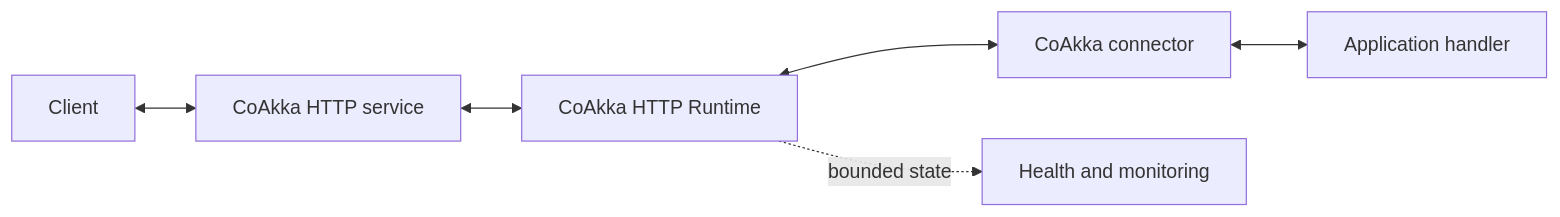
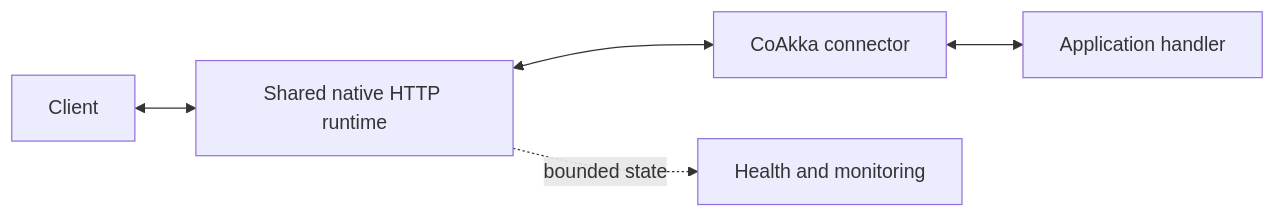
One commit to phuong-tran/coakka-publish changed the first of 2 diagrams in coakka-http-runtime/docs/app-host-and-connectors.md. Above: the diagram before and after it, drawn with Mermaid. The commit also changed other lines of this file and 35 other files, not shown here.

Commit message:
Clarify Runtime-first navigation and shared HTTP runtime benefits

````diff
--- a/coakka-http-runtime/docs/app-host-and-connectors.md
+++ b/coakka-http-runtime/docs/app-host-and-connectors.md
@@ -45,12 +45,11 @@
 ```mermaid
 flowchart LR
     Client[Client]
-    HTTP[CoAkka HTTP service]
     Connector[CoAkka connector]
-    runtime[CoAkka HTTP Runtime]
+    runtime[Shared native HTTP runtime]
     Handler[Application handler]
     Ops[Health and monitoring]
 
-    Client <--> HTTP <--> runtime <--> Connector <--> Handler
+    Client <--> runtime <--> Connector <--> Handler
     runtime -. bounded state .-> Ops
 ```
````
